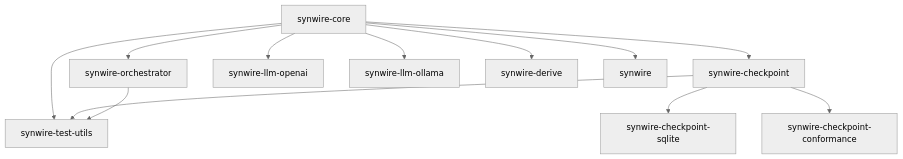
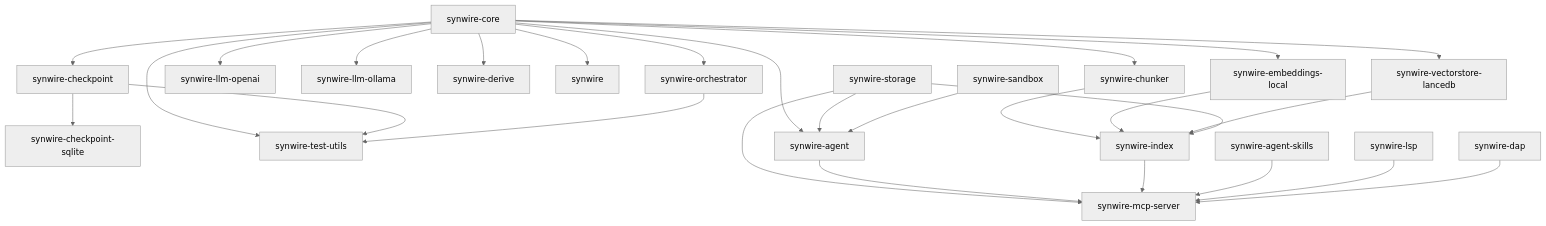
The diagram in docs/src/explanation/crate-organisation.md (randomvariable/synwire), drawn with Mermaid (neutral theme) before and after one commit. The commit also changed other lines of this file and 395 other files, not shown here.

Commit message:
feat(003-004): agent core + MCP adapters (#2)

````diff
--- a/docs/src/explanation/crate-organisation.md
+++ b/docs/src/explanation/crate-organisation.md
@@ -32,25 +42,50 @@
 ```mermaid
 graph TD
     core[synwire-core]
     orch[synwire-orchestrator]
     ckpt[synwire-checkpoint]
     sqlite[synwire-checkpoint-sqlite]
     openai[synwire-llm-openai]
     ollama[synwire-llm-ollama]
     derive[synwire-derive]
     test[synwire-test-utils]
     umbrella[synwire]
-    conf[synwire-checkpoint-conformance]
+    agent[synwire-agent]
+    chunker[synwire-chunker]
+    emb[synwire-embeddings-local]
+    lance[synwire-vectorstore-lancedb]
+    idx[synwire-index]
+    storage[synwire-storage]
+    skills[synwire-agent-skills]
+    lsp[synwire-lsp]
+    dap[synwire-dap]
+    sandbox[synwire-sandbox]
+    mcp[synwire-mcp-server]
 
     core --> orch
     core --> ckpt
     core --> openai
     core --> ollama
     core --> derive
     core --> umbrella
     ckpt --> sqlite
     core --> test
     ckpt --> test
     orch --> test
-    ckpt --> conf
+    core --> agent
+    core --> chunker
+    core --> emb
+    core --> lance
+    chunker --> idx
+    emb --> idx
+    lance --> idx
+    storage --> idx
+    storage --> agent
+    storage --> mcp
+    agent --> mcp
+    idx --> mcp
+    skills --> mcp
+    lsp --> mcp
+    dap --> mcp
+    sandbox --> agent
 ```
````
